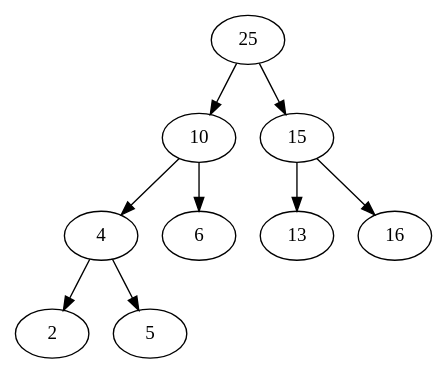
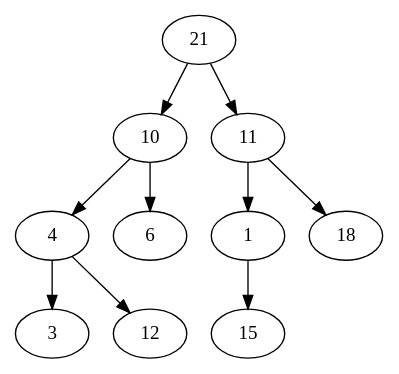
Before and after one commit to ChrisChV/Semestre4: the diagram in AED YUBER/ArbolesBinariosEjecicios/eje.dot, drawn with Graphviz. The commit also changed 20 other files, not shown here.

```diff
--- a/AED YUBER/ArbolesBinariosEjecicios/eje.dot
+++ b/AED YUBER/ArbolesBinariosEjecicios/eje.dot
@@ -1,18 +1,20 @@
-digraph{25
-25->10
-25->15
+digraph{21
+21->10
+21->11
 10
 10->4
 10->6
+11
+11->1
+11->18
+4
+4->3
+4->12
+6
+1
+1->15
+18
+3
+12
 15
-15->13
-15->16
-4
-4->2
-4->5
-6
-13
-16
-2
-5
 }
```
